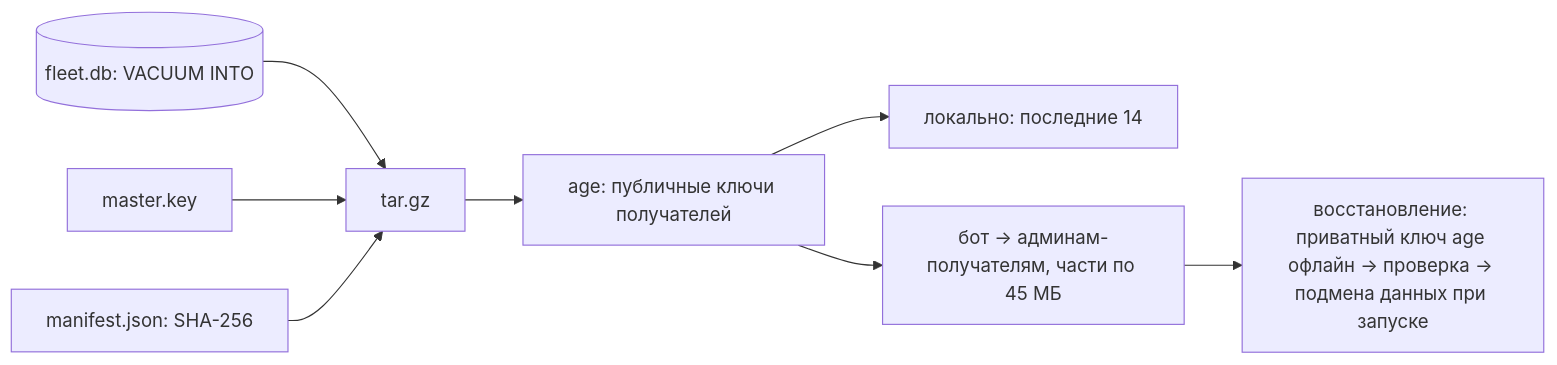
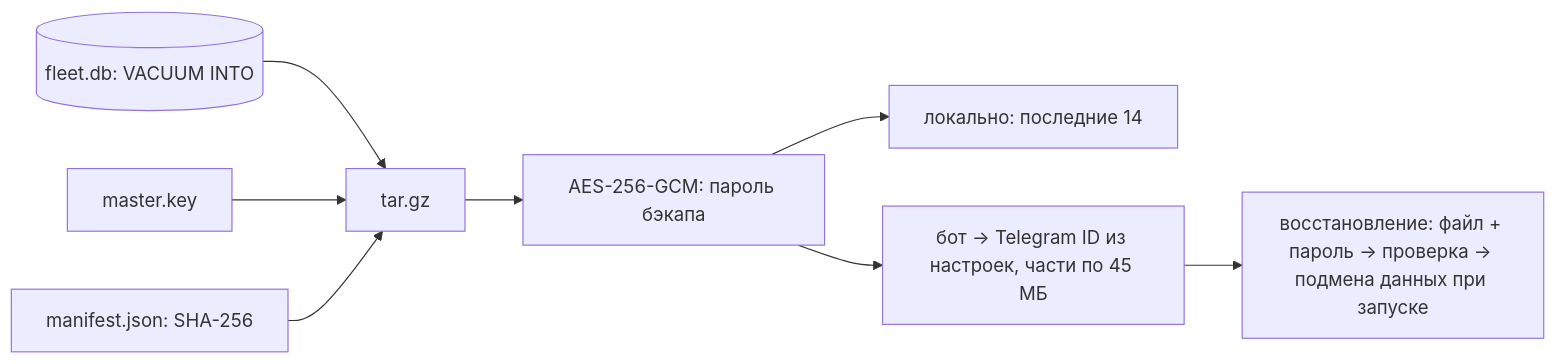
The eighth of 8 diagrams in eskadra-architecture.md (deluwr/eskadra), drawn with Mermaid before and after one commit. The commit also changed other lines of this file and 36 other files, not shown here.

````diff
--- a/eskadra-architecture.md
+++ b/eskadra-architecture.md
@@ -455,10 +457,10 @@
 ```mermaid
 flowchart LR
   DB[(fleet.db: VACUUM INTO)] --> T[tar.gz]
   K[master.key] --> T
   M[manifest.json: SHA-256] --> T
-  T --> AGE["age: публичные ключи получателей"]
-  AGE --> L["локально: последние 14"]
-  AGE --> BOT["бот → админам-получателям, части по 45 МБ"]
-  BOT --> R["восстановление: приватный ключ age офлайн → проверка → подмена данных при запуске"]
+  T --> ENC["AES-256-GCM: пароль бэкапа"]
+  ENC --> L["локально: последние 14"]
+  ENC --> BOT["бот → Telegram ID из настроек, части по 45 МБ"]
+  BOT --> R["восстановление: файл + пароль → проверка → подмена данных при запуске"]
 ```
````
